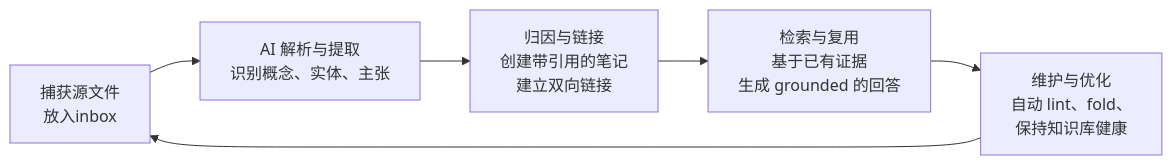
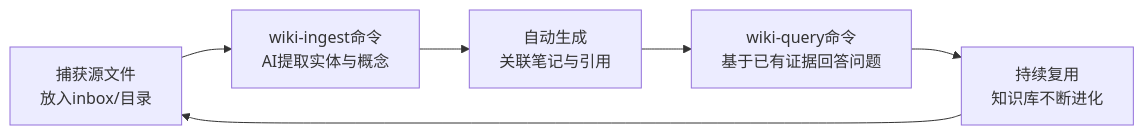
One commit to iss-tools/github-trending changed the first of 3 diagrams in markdown/content/AgriciDaniel-claude-obsidian.md. Above: the diagram before and after it, drawn with Mermaid. The commit also changed other lines of this file and 57 other files, not shown here.

````diff
--- a/markdown/content/AgriciDaniel-claude-obsidian.md
+++ b/markdown/content/AgriciDaniel-claude-obsidian.md
@@ -37,8 +26,8 @@
 ```mermaid
 flowchart LR
-    A[捕获源文件<br>放入inbox] --> B[AI 解析与提取<br>识别概念、实体、主张]
-    B --> C[归因与链接<br>创建带引用的笔记<br>建立双向链接]
-    C --> D[检索与复用<br>基于已有证据<br>生成 grounded 的回答]
-    D --> E[维护与优化<br>自动 lint、fold、<br>保持知识库健康]
+    A[捕获源文件<br>放入inbox/目录] --> B[wiki-ingest命令<br>AI提取实体与概念]
+    B --> C[自动生成<br>关联笔记与引用]
+    C --> D[wiki-query命令<br>基于已有证据回答问题]
+    D --> E[持续复用<br>知识库不断进化]
     E --> A
 ```
````
